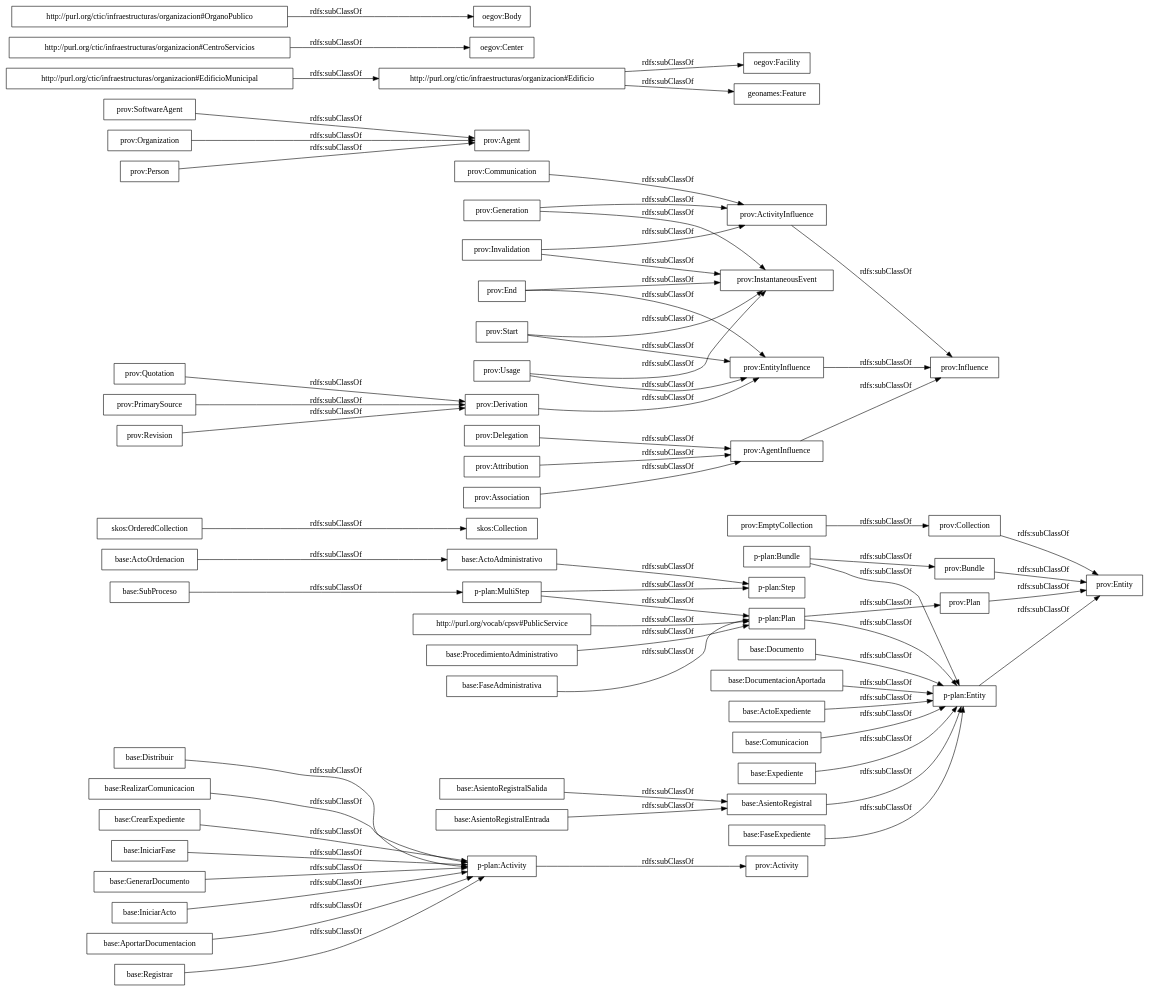
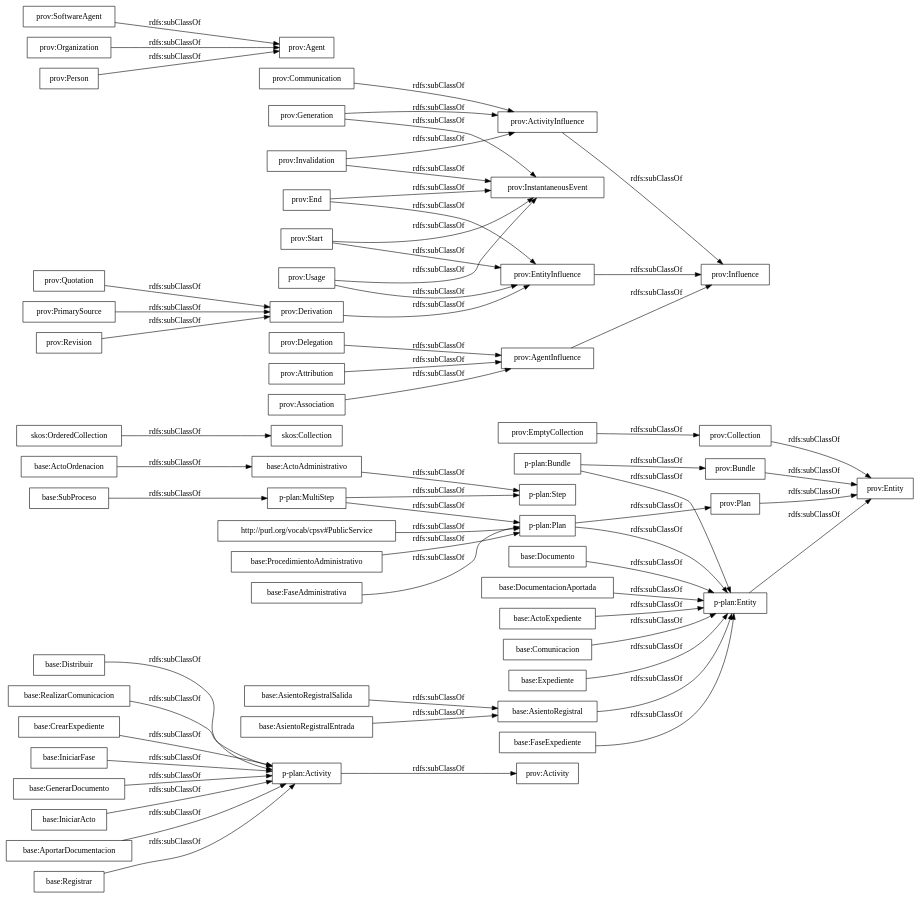
Before and after one commit to fhidalgl/a-proc: the diagram in OnToology/a-proc.owl/diagrams/ar2dtool-taxonomy/a-proc.owl.png.dot, drawn with Graphviz. The commit also changed 6 other files, not shown here.

```diff
--- a/OnToology/a-proc.owl/diagrams/ar2dtool-taxonomy/a-proc.owl.png.dot
+++ b/OnToology/a-proc.owl/diagrams/ar2dtool-taxonomy/a-proc.owl.png.dot
@@ -1,71 +1,66 @@
 digraph ar2dtool_diagram { 
 rankdir=LR;
 size="1000"
-node [shape = rectangle, color="black"]; "base:Distribuir" "base:AsientoRegistral" "base:RealizarComunicacion" "base:FaseExpediente" "base:CrearExpediente" "base:Documento" "base:AsientoRegistralSalida" "base:IniciarFase" "base:DocumentacionAportada" "base:ProcedimientoAdministrativo" "base:FaseAdministrativa" "base:ActoExpediente" "base:SubProceso" "base:GenerarDocumento" "base:AsientoRegistralEntrada" "base:Comunicacion" "base:IniciarActo" "base:AportarDocumentacion" "base:Expediente" "base:ActoOrdenacion" "base:Registrar" "base:ActoAdministrativo" "skos:OrderedCollection" "skos:Collection" "p-plan:MultiStep" "p-plan:Activity" "p-plan:Step" "p-plan:Entity" "p-plan:Bundle" "prov:Bundle" "prov:Entity" "p-plan:Plan" "prov:Plan" "prov:Activity" "prov:Influence" "prov:End" "prov:Agent" "prov:Derivation" "prov:Quotation" "prov:Collection" "prov:InstantaneousEvent" "prov:Delegation" "prov:Invalidation" "prov:Usage" "prov:SoftwareAgent" "prov:Attribution" "prov:PrimarySource" "prov:ActivityInfluence" "prov:Organization" "prov:EmptyCollection" "prov:Revision" "prov:Communication" "prov:Association" "prov:Start" "prov:EntityInfluence" "prov:AgentInfluence" "prov:Generation" "prov:Person" "oegov:Facility" "oegov:Center" "oegov:Body" "http://purl.org/ctic/infraestructuras/organizacion#OrganoPublico" "http://purl.org/ctic/infraestructuras/organizacion#EdificioMunicipal" "http://purl.org/ctic/infraestructuras/organizacion#Edificio" "http://purl.org/ctic/infraestructuras/organizacion#CentroServicios" "geonames:Feature" ; /*classes style*/
+node [shape = rectangle, color="black"]; "base:Distribuir" "base:AsientoRegistral" "base:RealizarComunicacion" "base:FaseExpediente" "base:CrearExpediente" "base:Documento" "base:AsientoRegistralSalida" "base:IniciarFase" "base:DocumentacionAportada" "base:ProcedimientoAdministrativo" "base:FaseAdministrativa" "base:ActoExpediente" "base:SubProceso" "base:GenerarDocumento" "base:AsientoRegistralEntrada" "base:Comunicacion" "base:IniciarActo" "base:AportarDocumentacion" "base:Expediente" "base:ActoOrdenacion" "base:Registrar" "base:ActoAdministrativo" "skos:OrderedCollection" "skos:Collection" "p-plan:MultiStep" "p-plan:Activity" "p-plan:Step" "p-plan:Entity" "p-plan:Bundle" "prov:Bundle" "prov:Entity" "p-plan:Plan" "prov:Plan" "prov:Activity" "prov:Influence" "prov:End" "prov:Agent" "prov:Derivation" "prov:Quotation" "prov:Collection" "prov:InstantaneousEvent" "prov:Delegation" "prov:Invalidation" "prov:Usage" "prov:SoftwareAgent" "prov:Attribution" "prov:PrimarySource" "prov:ActivityInfluence" "prov:Organization" "prov:EmptyCollection" "prov:Revision" "prov:Communication" "prov:Association" "prov:Start" "prov:EntityInfluence" "prov:AgentInfluence" "prov:Generation" "prov:Person" ; /*classes style*/
 	"prov:Plan" -> "prov:Entity" [ label = "rdfs:subClassOf" ];
 	"base:FaseAdministrativa" -> "p-plan:Plan" [ label = "rdfs:subClassOf" ];
 	"prov:Invalidation" -> "prov:ActivityInfluence" [ label = "rdfs:subClassOf" ];
 	"prov:Invalidation" -> "prov:InstantaneousEvent" [ label = "rdfs:subClassOf" ];
 	"prov:Quotation" -> "prov:Derivation" [ label = "rdfs:subClassOf" ];
 	"base:IniciarActo" -> "p-plan:Activity" [ label = "rdfs:subClassOf" ];
 	"prov:Communication" -> "prov:ActivityInfluence" [ label = "rdfs:subClassOf" ];
 	"prov:ActivityInfluence" -> "prov:Influence" [ label = "rdfs:subClassOf" ];
-	"http://purl.org/ctic/infraestructuras/organizacion#Edificio" -> "oegov:Facility" [ label = "rdfs:subClassOf" ];
-	"http://purl.org/ctic/infraestructuras/organizacion#Edificio" -> "geonames:Feature" [ label = "rdfs:subClassOf" ];
 	"prov:SoftwareAgent" -> "prov:Agent" [ label = "rdfs:subClassOf" ];
 	"base:ActoAdministrativo" -> "p-plan:Step" [ label = "rdfs:subClassOf" ];
 	"prov:PrimarySource" -> "prov:Derivation" [ label = "rdfs:subClassOf" ];
 	"p-plan:Entity" -> "prov:Entity" [ label = "rdfs:subClassOf" ];
 	"http://purl.org/vocab/cpsv#PublicService" -> "p-plan:Plan" [ label = "rdfs:subClassOf" ];
 	"base:Documento" -> "p-plan:Entity" [ label = "rdfs:subClassOf" ];
 	"base:AportarDocumentacion" -> "p-plan:Activity" [ label = "rdfs:subClassOf" ];
 	"prov:Attribution" -> "prov:AgentInfluence" [ label = "rdfs:subClassOf" ];
 	"p-plan:MultiStep" -> "p-plan:Step" [ label = "rdfs:subClassOf" ];
 	"p-plan:MultiStep" -> "p-plan:Plan" [ label = "rdfs:subClassOf" ];
 	"base:RealizarComunicacion" -> "p-plan:Activity" [ label = "rdfs:subClassOf" ];
 	"prov:Delegation" -> "prov:AgentInfluence" [ label = "rdfs:subClassOf" ];
-	"http://purl.org/ctic/infraestructuras/organizacion#OrganoPublico" -> "oegov:Body" [ label = "rdfs:subClassOf" ];
 	"base:AsientoRegistralEntrada" -> "base:AsientoRegistral" [ label = "rdfs:subClassOf" ];
 	"prov:Derivation" -> "prov:EntityInfluence" [ label = "rdfs:subClassOf" ];
 	"base:CrearExpediente" -> "p-plan:Activity" [ label = "rdfs:subClassOf" ];
 	"prov:Association" -> "prov:AgentInfluence" [ label = "rdfs:subClassOf" ];
 	"prov:End" -> "prov:EntityInfluence" [ label = "rdfs:subClassOf" ];
 	"prov:End" -> "prov:InstantaneousEvent" [ label = "rdfs:subClassOf" ];
 	"prov:Usage" -> "prov:InstantaneousEvent" [ label = "rdfs:subClassOf" ];
 	"prov:Usage" -> "prov:EntityInfluence" [ label = "rdfs:subClassOf" ];
 	"prov:Collection" -> "prov:Entity" [ label = "rdfs:subClassOf" ];
 	"skos:OrderedCollection" -> "skos:Collection" [ label = "rdfs:subClassOf" ];
 	"base:AsientoRegistral" -> "p-plan:Entity" [ label = "rdfs:subClassOf" ];
 	"prov:Bundle" -> "prov:Entity" [ label = "rdfs:subClassOf" ];
 	"base:DocumentacionAportada" -> "p-plan:Entity" [ label = "rdfs:subClassOf" ];
-	"http://purl.org/ctic/infraestructuras/organizacion#CentroServicios" -> "oegov:Center" [ label = "rdfs:subClassOf" ];
 	"prov:Start" -> "prov:EntityInfluence" [ label = "rdfs:subClassOf" ];
 	"prov:Start" -> "prov:InstantaneousEvent" [ label = "rdfs:subClassOf" ];
 	"prov:EmptyCollection" -> "prov:Collection" [ label = "rdfs:subClassOf" ];
 	"prov:Revision" -> "prov:Derivation" [ label = "rdfs:subClassOf" ];
 	"p-plan:Activity" -> "prov:Activity" [ label = "rdfs:subClassOf" ];
 	"prov:Organization" -> "prov:Agent" [ label = "rdfs:subClassOf" ];
 	"prov:EntityInfluence" -> "prov:Influence" [ label = "rdfs:subClassOf" ];
 	"base:Comunicacion" -> "p-plan:Entity" [ label = "rdfs:subClassOf" ];
 	"base:ProcedimientoAdministrativo" -> "p-plan:Plan" [ label = "rdfs:subClassOf" ];
 	"prov:Person" -> "prov:Agent" [ label = "rdfs:subClassOf" ];
 	"base:AsientoRegistralSalida" -> "base:AsientoRegistral" [ label = "rdfs:subClassOf" ];
 	"prov:AgentInfluence" -> "prov:Influence" [ label = "rdfs:subClassOf" ];
 	"base:GenerarDocumento" -> "p-plan:Activity" [ label = "rdfs:subClassOf" ];
 	"base:SubProceso" -> "p-plan:MultiStep" [ label = "rdfs:subClassOf" ];
 	"base:Distribuir" -> "p-plan:Activity" [ label = "rdfs:subClassOf" ];
 	"base:ActoOrdenacion" -> "base:ActoAdministrativo" [ label = "rdfs:subClassOf" ];
 	"base:IniciarFase" -> "p-plan:Activity" [ label = "rdfs:subClassOf" ];
 	"prov:Generation" -> "prov:ActivityInfluence" [ label = "rdfs:subClassOf" ];
 	"prov:Generation" -> "prov:InstantaneousEvent" [ label = "rdfs:subClassOf" ];
 	"base:FaseExpediente" -> "p-plan:Entity" [ label = "rdfs:subClassOf" ];
 	"p-plan:Plan" -> "prov:Plan" [ label = "rdfs:subClassOf" ];
 	"p-plan:Plan" -> "p-plan:Entity" [ label = "rdfs:subClassOf" ];
 	"base:Registrar" -> "p-plan:Activity" [ label = "rdfs:subClassOf" ];
 	"base:Expediente" -> "p-plan:Entity" [ label = "rdfs:subClassOf" ];
 	"p-plan:Bundle" -> "prov:Bundle" [ label = "rdfs:subClassOf" ];
 	"p-plan:Bundle" -> "p-plan:Entity" [ label = "rdfs:subClassOf" ];
-	"http://purl.org/ctic/infraestructuras/organizacion#EdificioMunicipal" -> "http://purl.org/ctic/infraestructuras/organizacion#Edificio" [ label = "rdfs:subClassOf" ];
 	"base:ActoExpediente" -> "p-plan:Entity" [ label = "rdfs:subClassOf" ];
 
 }
```
